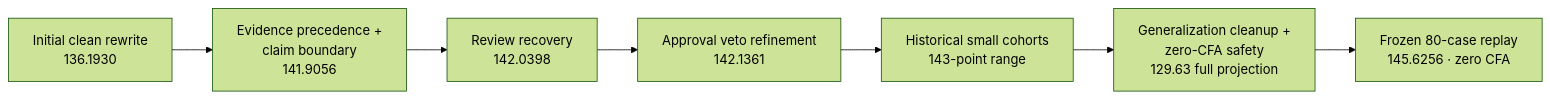
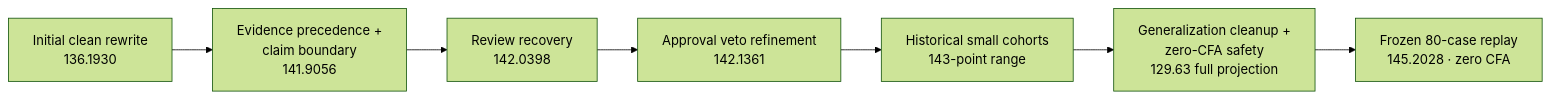
Before and after one commit to midasavocado/mib-doc-challenge-solution: the fourth of 4 diagrams in MEMO.md, drawn with Mermaid (forest theme). The commit also changed other lines of this file and 4 other files, not shown here.

````diff
--- a/MEMO.md
+++ b/MEMO.md
@@ -405,10 +406,10 @@
 ```mermaid
 flowchart LR
     A["Initial clean rewrite<br/>136.1930"] -->
     B["Evidence precedence +<br/>claim boundary<br/>141.9056"] -->
     C["Review recovery<br/>142.0398"] -->
     D["Approval veto refinement<br/>142.1361"] -->
     E["Historical small cohorts<br/>143-point range"] -->
     F["Generalization cleanup +<br/>zero-CFA safety<br/>129.63 full projection"] -->
-    G["Frozen 80-case replay<br/>145.6256 · zero CFA"]
+    G["Frozen 80-case replay<br/>145.2028 · zero CFA"]
 ```
````
